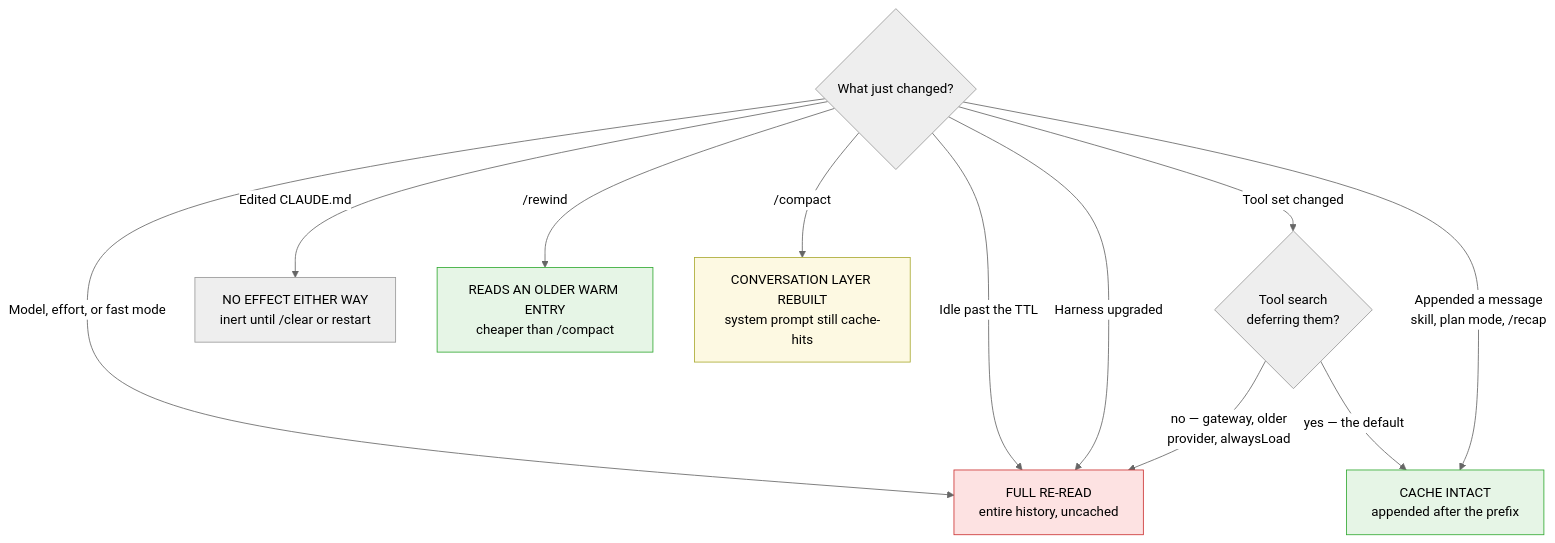
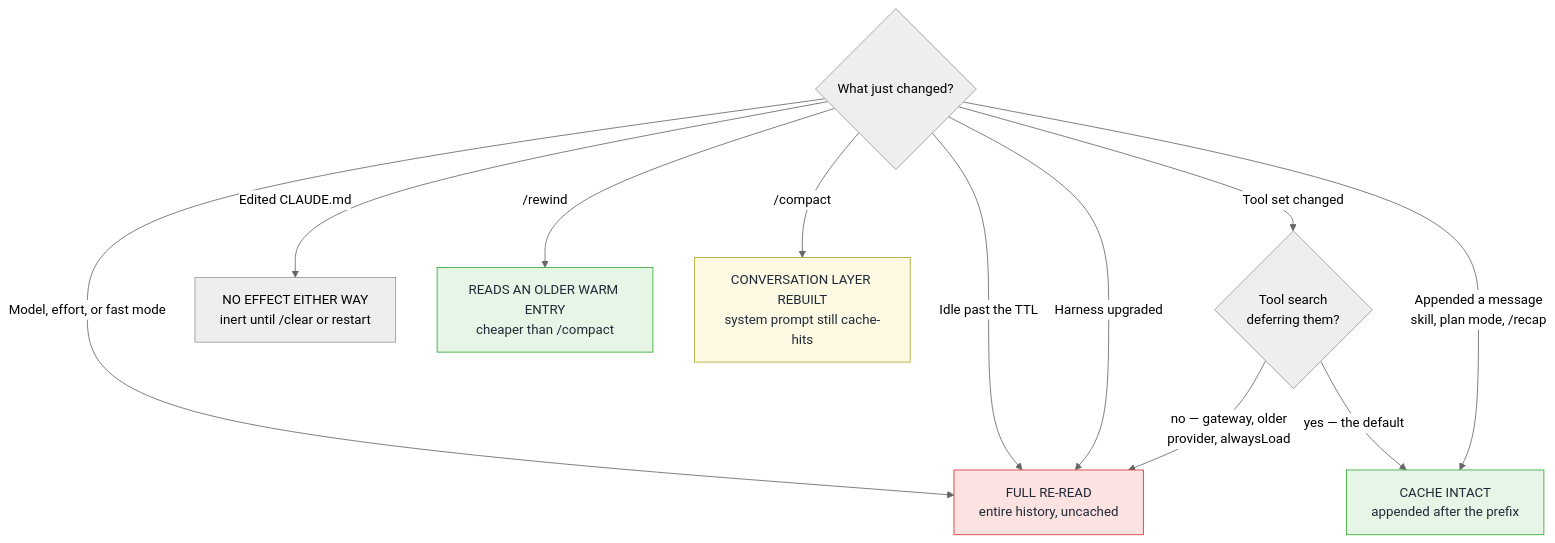
One commit to albertocavalcante/harness-economics changed the diagram in docs/02-prompt-caching.md. Above: the diagram before and after it, drawn with Mermaid (neutral theme). The commit also changed other lines of this file and 3 other files, not shown here.

````diff
--- a/docs/02-prompt-caching.md
+++ b/docs/02-prompt-caching.md
@@ -253,22 +254,22 @@
 ```mermaid
 flowchart TD
     Q{"What just changed?"}
 
     Q -->|"Model, effort, or fast mode"| FULL["FULL RE-READ<br/>entire history, uncached"]
     Q -->|"Idle past the TTL"| FULL
     Q -->|"Harness upgraded"| FULL
     Q -->|"Tool set changed"| TS{"Tool search<br/>deferring them?"}
     TS -->|"yes — the default"| SAFE
     TS -->|"no — gateway, older<br/>provider, alwaysLoad"| FULL
 
     Q -->|"Appended a message<br/>skill, plan mode, /recap"| SAFE["CACHE INTACT<br/>appended after the prefix"]
     Q -->|"Edited CLAUDE.md"| INERT["NO EFFECT EITHER WAY<br/>inert until /clear or restart"]
     Q -->|"/rewind"| WARM["READS AN OLDER WARM ENTRY<br/>cheaper than /compact"]
     Q -->|"/compact"| PART["CONVERSATION LAYER REBUILT<br/>system prompt still cache-hits"]
 
-    style FULL fill:#fde2e2,stroke:#c33
-    style SAFE fill:#e6f5e6,stroke:#3a3
-    style WARM fill:#e6f5e6,stroke:#3a3
-    style PART fill:#fdf9e2,stroke:#aa3
+    style FULL fill:#fde2e2,stroke:#c33,color:#1f2937
+    style SAFE fill:#e6f5e6,stroke:#3a3,color:#1f2937
+    style WARM fill:#e6f5e6,stroke:#3a3,color:#1f2937
+    style PART fill:#fdf9e2,stroke:#aa3,color:#1f2937
     style INERT fill:#eee,stroke:#999
 ```
````
